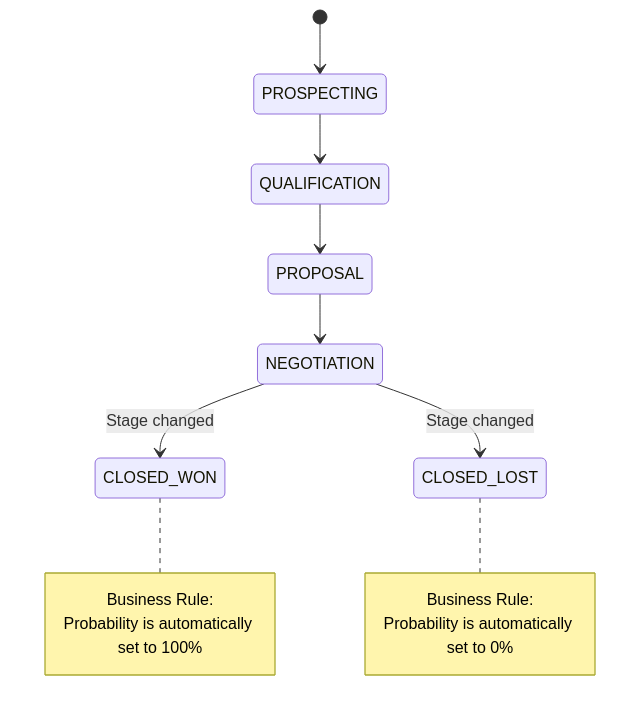
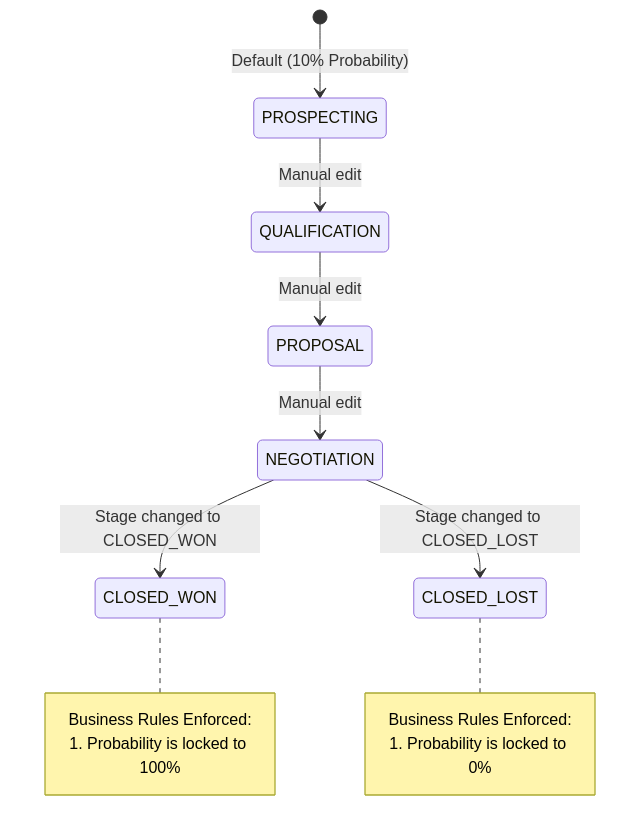
Before and after one commit to sanjakumartyn/sdc_backend: the third of 3 diagrams in SAD.md, drawn with Mermaid. The commit also changed other lines of this file and 4 other files, not shown here.

Commit message:
feat: implement repository pattern for Deals and Signals and update system architecture documentation

````diff
--- a/SAD.md
+++ b/SAD.md
@@ -160,23 +291,23 @@
 ```mermaid
 stateDiagram-v2
-    [*] --> PROSPECTING
-    PROSPECTING --> QUALIFICATION
-    QUALIFICATION --> PROPOSAL
-    PROPOSAL --> NEGOTIATION
+    [*] --> PROSPECTING : Default (10% Probability)
+    PROSPECTING --> QUALIFICATION : Manual edit
+    QUALIFICATION --> PROPOSAL : Manual edit
+    PROPOSAL --> NEGOTIATION : Manual edit
     
     state "CLOSED_WON" as won
     state "CLOSED_LOST" as lost
 
-    NEGOTIATION --> won : Stage changed
-    NEGOTIATION --> lost : Stage changed
+    NEGOTIATION --> won : Stage changed to CLOSED_WON
+    NEGOTIATION --> lost : Stage changed to CLOSED_LOST
 
     note right of won
-      Business Rule:
-      Probability is automatically set to 100%
+      Business Rules Enforced:
+      1. Probability is locked to 100%
     end note
 
     note right of lost
-      Business Rule:
-      Probability is automatically set to 0%
+      Business Rules Enforced:
+      1. Probability is locked to 0%
     end note
 ```
````
